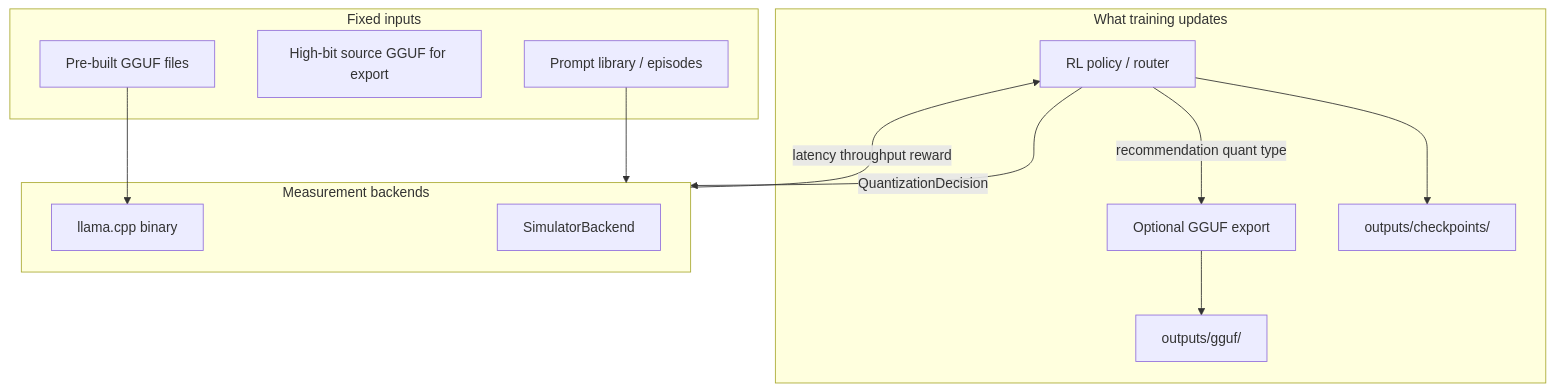
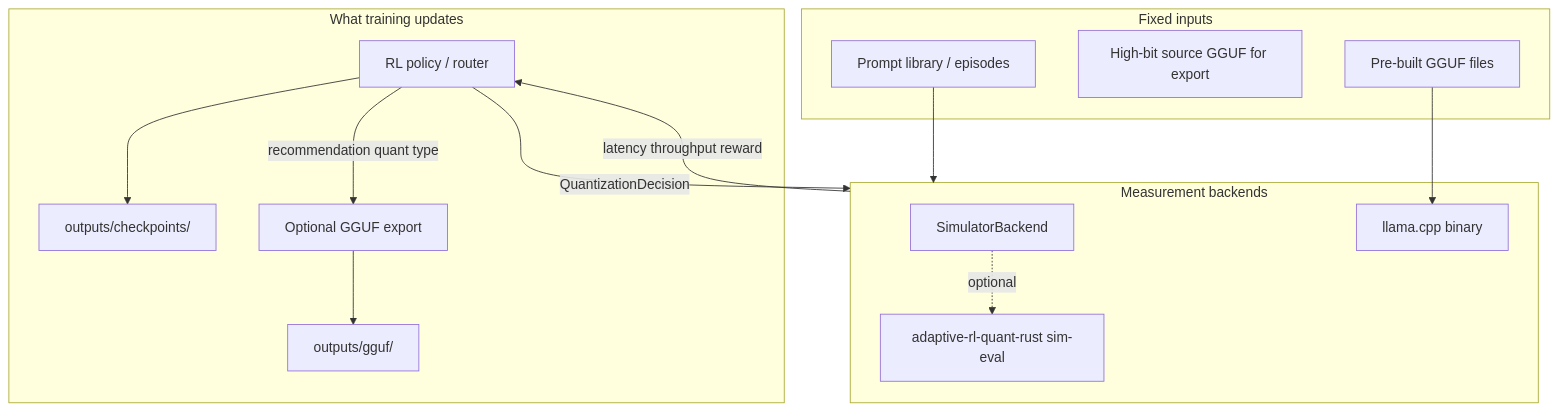
Before and after one commit to Legendarylibrorg/Adaptive-RL-Quantization: the diagram in docs/ARCHITECTURE.md, drawn with Mermaid. The commit also changed other lines of this file and 25 other files, not shown here.

````diff
--- a/docs/ARCHITECTURE.md
+++ b/docs/ARCHITECTURE.md
@@ -116,24 +117,26 @@
 ```mermaid
 flowchart TB
   subgraph train [What training updates]
     Policy[RL policy / router]
     CKPT[outputs/checkpoints/]
     Policy --> CKPT
     Export[Optional GGUF export]
     Policy -->|recommendation quant type| Export
     Export --> GGUFOut[outputs/gguf/]
   end
   subgraph inputs [Fixed inputs]
     GGUF[Pre-built GGUF files]
     SourceGGUF[High-bit source GGUF for export]
     Prompts[Prompt library / episodes]
   end
   subgraph measure [Measurement backends]
     Sim[SimulatorBackend]
+    RustCLI[adaptive-rl-quant-rust sim-eval]
     Llama[llama.cpp binary]
+    Sim -.->|optional| RustCLI
   end
   Policy -->|QuantizationDecision| measure
   GGUF --> Llama
   Prompts --> measure
   measure -->|latency throughput reward| Policy
 ```
````
